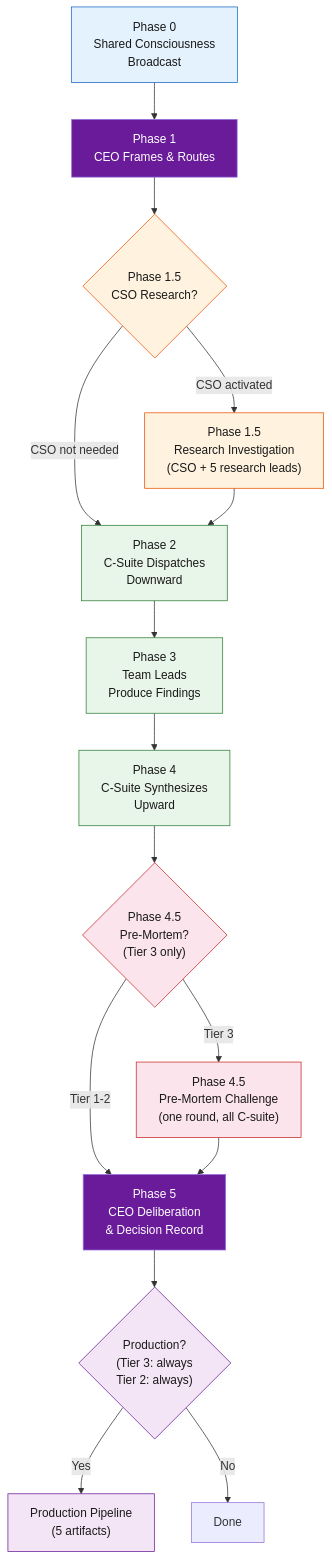
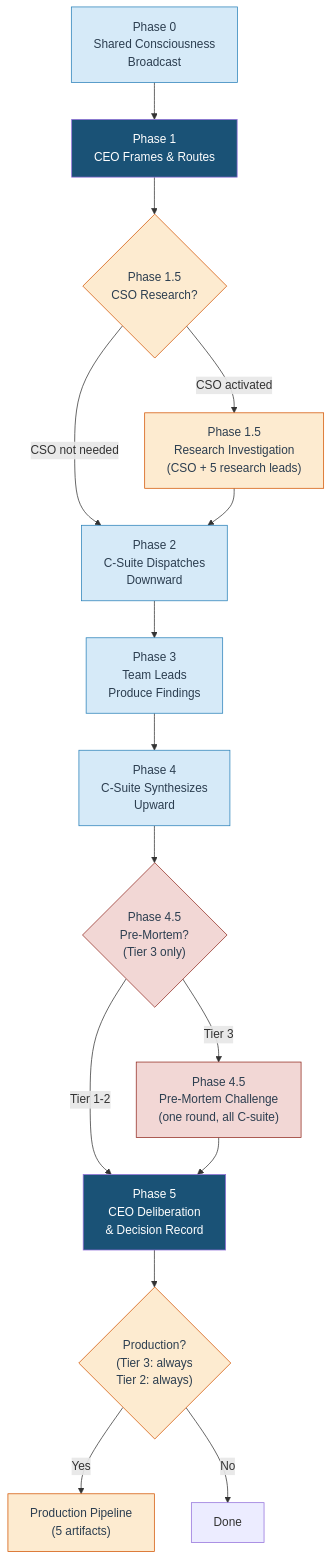
The seventh of 13 diagrams in README.md (apatheticus/corporate-decision-panel), drawn with Mermaid before and after one commit. The commit also changed other lines of this file and 6 other files, not shown here.

````diff
--- a/README.md
+++ b/README.md
@@ -436,43 +1058,43 @@
 ```mermaid
 flowchart TD
     P0["Phase 0\nShared Consciousness\nBroadcast"]
     P1["Phase 1\nCEO Frames & Routes"]
     P15{"Phase 1.5\nCSO Research?"}
     P15Y["Phase 1.5\nResearch Investigation\n(CSO + 5 research leads)"]
     P2["Phase 2\nC-Suite Dispatches\nDownward"]
     P3["Phase 3\nTeam Leads\nProduce Findings"]
     P4["Phase 4\nC-Suite Synthesizes\nUpward"]
     P45{"Phase 4.5\nPre-Mortem?\n(Tier 3 only)"}
     P45Y["Phase 4.5\nPre-Mortem Challenge\n(one round, all C-suite)"]
     P5["Phase 5\nCEO Deliberation\n& Decision Record"]
     PROD{"Production?\n(Tier 3: always\nTier 2: always)"}
     PRODY["Production Pipeline\n(5 artifacts)"]
 
     P0 --> P1
     P1 --> P15
     P15 -->|CSO activated| P15Y
     P15 -->|CSO not needed| P2
     P15Y --> P2
     P2 --> P3
     P3 --> P4
     P4 --> P45
     P45 -->|Tier 3| P45Y
     P45 -->|Tier 1-2| P5
     P45Y --> P5
     P5 --> PROD
     PROD -->|Yes| PRODY
     PROD -->|No| END["Done"]
 
-    style P0 fill:#e3f2fd,stroke:#1565c0,color:#1a1a1a
-    style P1 fill:#6a1b9a,color:#fff
-    style P15 fill:#fff3e0,stroke:#e65100,color:#1a1a1a
-    style P15Y fill:#fff3e0,stroke:#e65100,color:#1a1a1a
-    style P2 fill:#e8f5e9,stroke:#2e7d32,color:#1a1a1a
-    style P3 fill:#e8f5e9,stroke:#2e7d32,color:#1a1a1a
-    style P4 fill:#e8f5e9,stroke:#2e7d32,color:#1a1a1a
-    style P45 fill:#fce4ec,stroke:#c62828,color:#1a1a1a
-    style P45Y fill:#fce4ec,stroke:#c62828,color:#1a1a1a
-    style P5 fill:#6a1b9a,color:#fff
-    style PROD fill:#f3e5f5,stroke:#6a1b9a,color:#1a1a1a
-    style PRODY fill:#f3e5f5,stroke:#6a1b9a,color:#1a1a1a
+    style P0 fill:#D6EAF8,stroke:#2980B9,color:#2C3E50
+    style P1 fill:#1A5276,color:#fff
+    style P15 fill:#FDEBD0,stroke:#D35400,color:#2C3E50
+    style P15Y fill:#FDEBD0,stroke:#D35400,color:#2C3E50
+    style P2 fill:#D6EAF8,stroke:#2980B9,color:#2C3E50
+    style P3 fill:#D6EAF8,stroke:#2980B9,color:#2C3E50
+    style P4 fill:#D6EAF8,stroke:#2980B9,color:#2C3E50
+    style P45 fill:#F2D7D5,stroke:#922B21,color:#2C3E50
+    style P45Y fill:#F2D7D5,stroke:#922B21,color:#2C3E50
+    style P5 fill:#1A5276,color:#fff
+    style PROD fill:#FDEBD0,stroke:#D35400,color:#2C3E50
+    style PRODY fill:#FDEBD0,stroke:#D35400,color:#2C3E50
 ```
````
